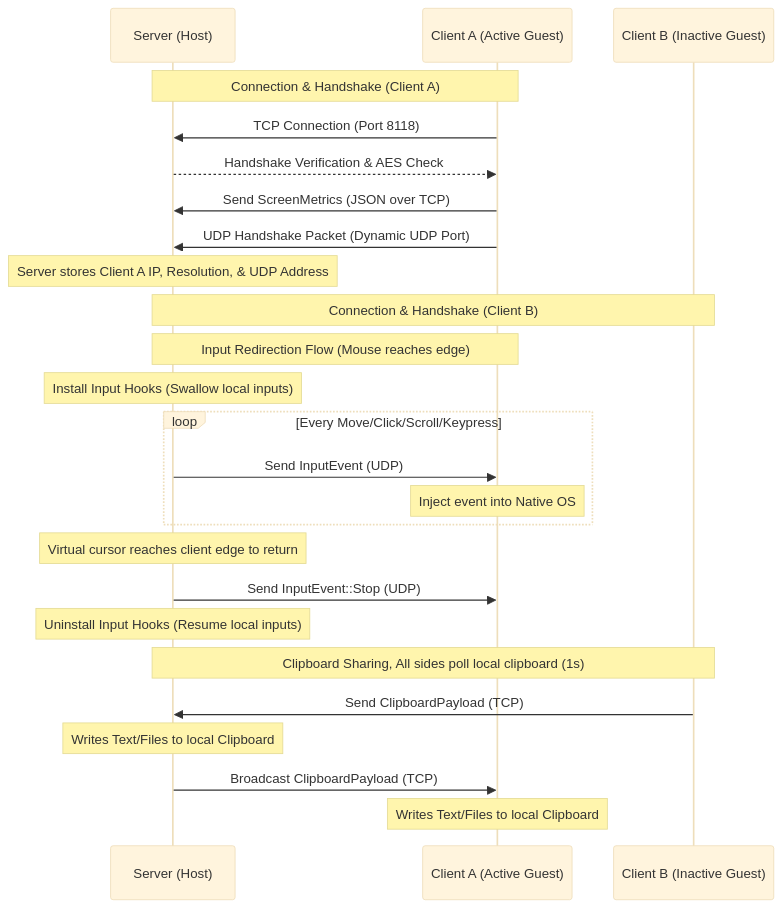
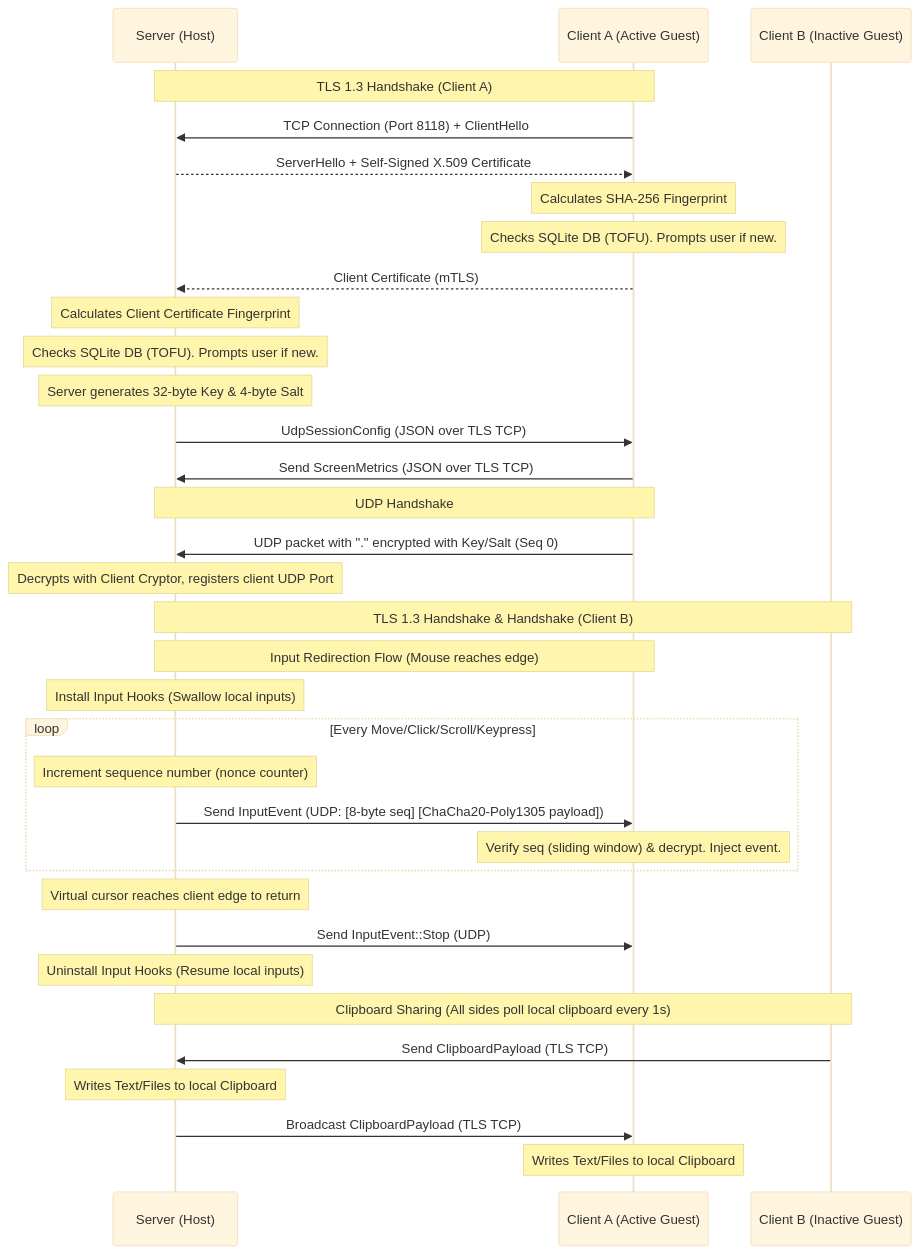
One commit to guyavrhm/flow changed the second of 2 diagrams in ARCHITECTURE.md. Above: the diagram before and after it, drawn with Mermaid (base theme). The commit also changed other lines of this file and 12 other files, not shown here.

````diff
--- a/ARCHITECTURE.md
+++ b/ARCHITECTURE.md
@@ -56,32 +57,43 @@
 ```mermaid
 sequenceDiagram
     participant Server as Server (Host)
     participant ClientA as Client A (Active Guest)
     participant ClientB as Client B (Inactive Guest)
 
-    Note over ClientA, Server: Connection & Handshake (Client A)
-    ClientA->>Server: TCP Connection (Port 8118)
-    Server-->>ClientA: Handshake Verification & AES Check
-    ClientA->>Server: Send ScreenMetrics (JSON over TCP)
-    ClientA->>Server: UDP Handshake Packet (Dynamic UDP Port)
-    Note over Server: Server stores Client A IP, Resolution, & UDP Address
-
-    Note over ClientB, Server: Connection & Handshake (Client B)
+    Note over ClientA, Server: TLS 1.3 Handshake (Client A)
+    ClientA->>Server: TCP Connection (Port 8118) + ClientHello
+    Server-->>ClientA: ServerHello + Self-Signed X.509 Certificate
+    Note over ClientA: Calculates SHA-256 Fingerprint
+    Note over ClientA: Checks SQLite DB (TOFU). Prompts user if new.
+    ClientA-->>Server: Client Certificate (mTLS)
+    Note over Server: Calculates Client Certificate Fingerprint
+    Note over Server: Checks SQLite DB (TOFU). Prompts user if new.
+    
+    Note over Server: Server generates 32-byte Key & 4-byte Salt
+    Server->>ClientA: UdpSessionConfig (JSON over TLS TCP)
+    ClientA->>Server: Send ScreenMetrics (JSON over TLS TCP)
+    
+    Note over ClientA, Server: UDP Handshake
+    ClientA->>Server: UDP packet with "." encrypted with Key/Salt (Seq 0)
+    Note over Server: Decrypts with Client Cryptor, registers client UDP Port
+    
+    Note over ClientB, Server: TLS 1.3 Handshake & Handshake (Client B)
 
     Note over ClientA, Server: Input Redirection Flow (Mouse reaches edge)
     Note over Server: Install Input Hooks (Swallow local inputs)
     loop Every Move/Click/Scroll/Keypress
-        Server->>ClientA: Send InputEvent (UDP)
-        Note over ClientA: Inject event into Native OS
+        Note over Server: Increment sequence number (nonce counter)
+        Server->>ClientA: Send InputEvent (UDP: [8-byte seq] [ChaCha20-Poly1305 payload])
+        Note over ClientA: Verify seq (sliding window) & decrypt. Inject event.
     end
 
     Note over Server: Virtual cursor reaches client edge to return
     Server->>ClientA: Send InputEvent::Stop (UDP)
     Note over Server: Uninstall Input Hooks (Resume local inputs)
 
-    Note over ClientB, Server: Clipboard Sharing, All sides poll local clipboard (1s)
-    ClientB->>Server: Send ClipboardPayload (TCP)
+    Note over ClientB, Server: Clipboard Sharing (All sides poll local clipboard every 1s)
+    ClientB->>Server: Send ClipboardPayload (TLS TCP)
     Note over Server: Writes Text/Files to local Clipboard
-    Server->>ClientA: Broadcast ClipboardPayload (TCP)
+    Server->>ClientA: Broadcast ClipboardPayload (TLS TCP)
     Note over ClientA: Writes Text/Files to local Clipboard
 ```
````
